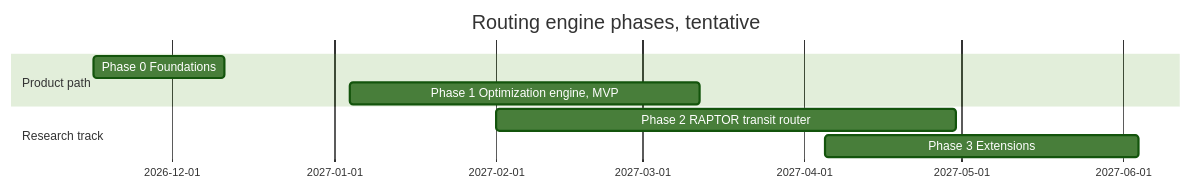
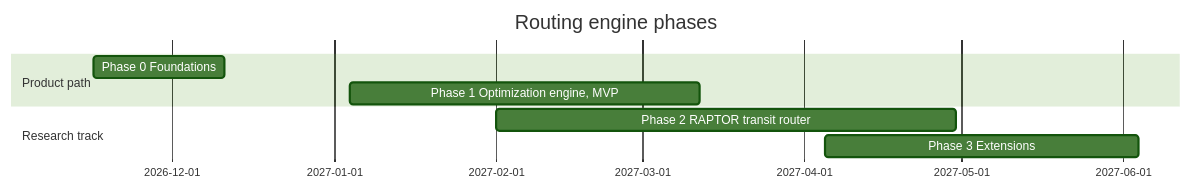
The third of 4 diagrams in docs/routing-engine.md (shsu00/Multimodal-Map), drawn with Mermaid (forest theme) before and after one commit. The commit also changed other lines of this file and 111 other files, not shown here.

````diff
--- a/docs/routing-engine.md
+++ b/docs/routing-engine.md
@@ -539,11 +532,11 @@
 ```mermaid
 gantt
-  title Routing engine phases, tentative
+  title Routing engine phases
   dateFormat YYYY-MM-DD
   section Product path
   Phase 0 Foundations               :p0, 2026-11-16, 2026-12-11
   Phase 1 Optimization engine, MVP  :p1, 2027-01-04, 2027-03-12
   section Research track
   Phase 2 RAPTOR transit router     :p2, 2027-02-01, 2027-04-30
   Phase 3 Extensions                :p3, 2027-04-05, 2027-06-04
 ```
````
